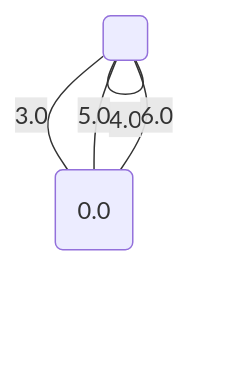
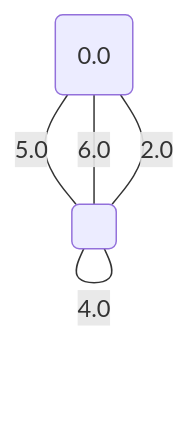
Before and after one commit to metury/graphs: diagram 17 of 17 in project/src/testing/minCutPetersen.md, drawn with Mermaid. The commit also changed other lines of this file and 27 other files, not shown here.

````diff
--- a/project/src/testing/minCutPetersen.md
+++ b/project/src/testing/minCutPetersen.md
@@ -408,11 +410,11 @@
 ```mermaid
 graph TD;
 0("0.0");
 1(" ");
-	1 -- "0.0" --- 1;
-	1 -- "2.0" --- 1;
-	1 -- "3.0" --- 0;
+	1 -- "1.0" --- 1;
+	1 -- "2.0" --- 0;
+	1 -- "3.0" --- 1;
 	1 -- "4.0" --- 1;
-	1 -- "5.0" --- 0;
-	1 -- "6.0" --- 0;
+	0 -- "5.0" --- 1;
+	0 -- "6.0" --- 1;
 ```
````
